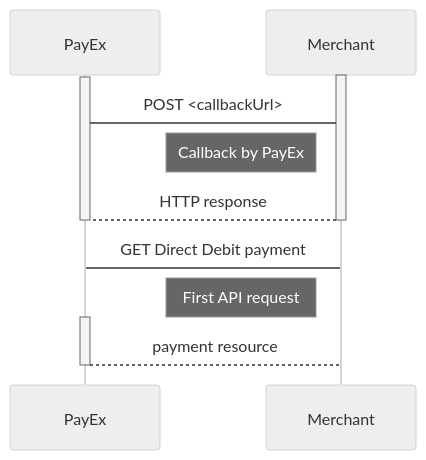
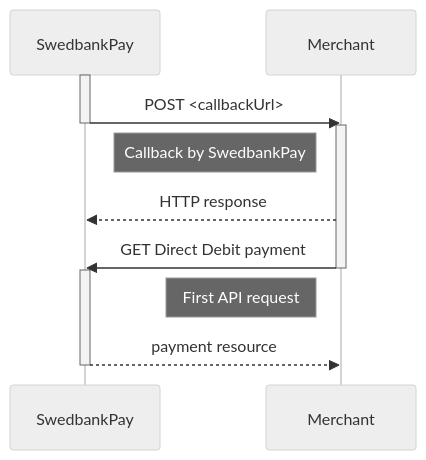
The diagram in _includes/subsite.md (SwedbankPay/developer.swedbankpay.com), drawn with Mermaid (neutral theme) before and after one commit. The commit also changed other lines of this file and 6 other files, not shown here.

Commit message:
DX-413 fixed tables, added links and fixed diagrams

````diff
--- a/_includes/subsite.md
+++ b/_includes/subsite.md
@@ -398,16 +398,13 @@
 ```mermaid
 sequenceDiagram
+  activate SwedbankPay
+  SwedbankPay->>-Merchant: POST <callbackUrl>
   activate Merchant
-  activate PayEx
-  PayEx->Merchant: POST <callbackUrl>
-  note left of Merchant: Callback by PayEx
-  Merchant-->PayEx: HTTP response
-  deactivate PayEx
-  deactivate Merchant
+  note left of Merchant: Callback by SwedbankPay
+  Merchant-->>SwedbankPay: HTTP response
 
-  Merchant->PayEx: GET Direct Debit payment
+  Merchant->>-SwedbankPay: GET Direct Debit payment
+  activate SwedbankPay
   note left of Merchant: First API request
-  activate PayEx
-  PayEx-->Merchant: payment resource
-  deactivate PayEx
+  SwedbankPay-->>-Merchant: payment resource
 ```
````
